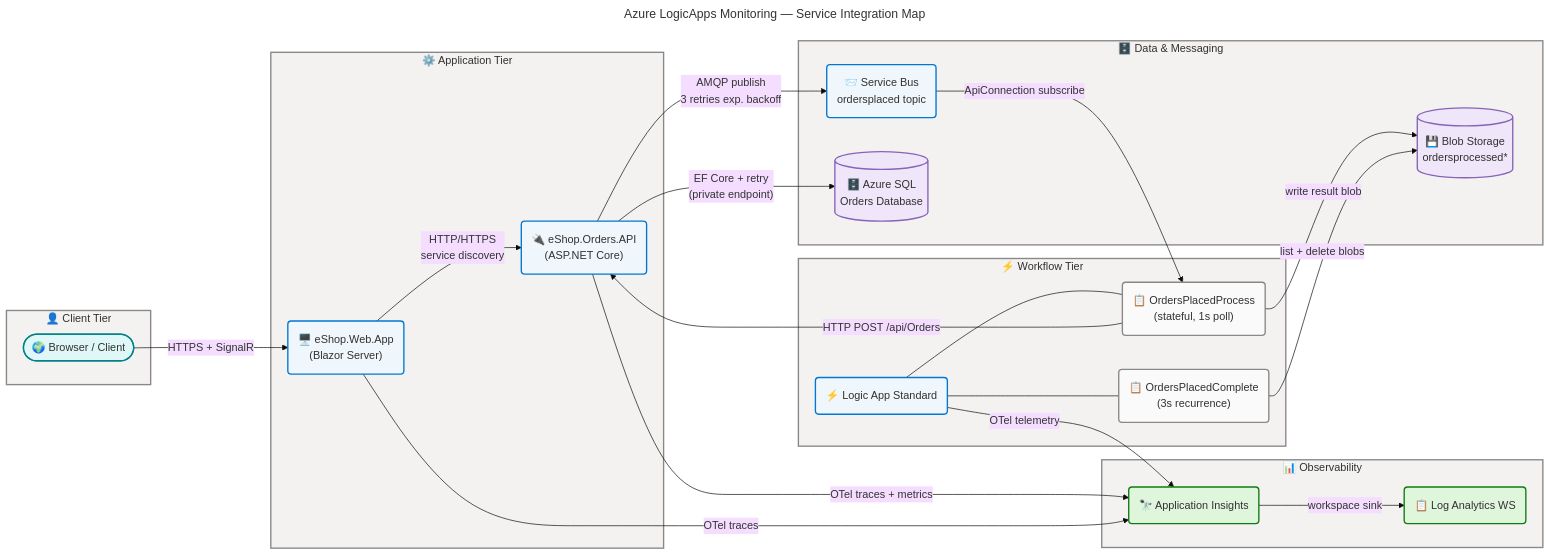
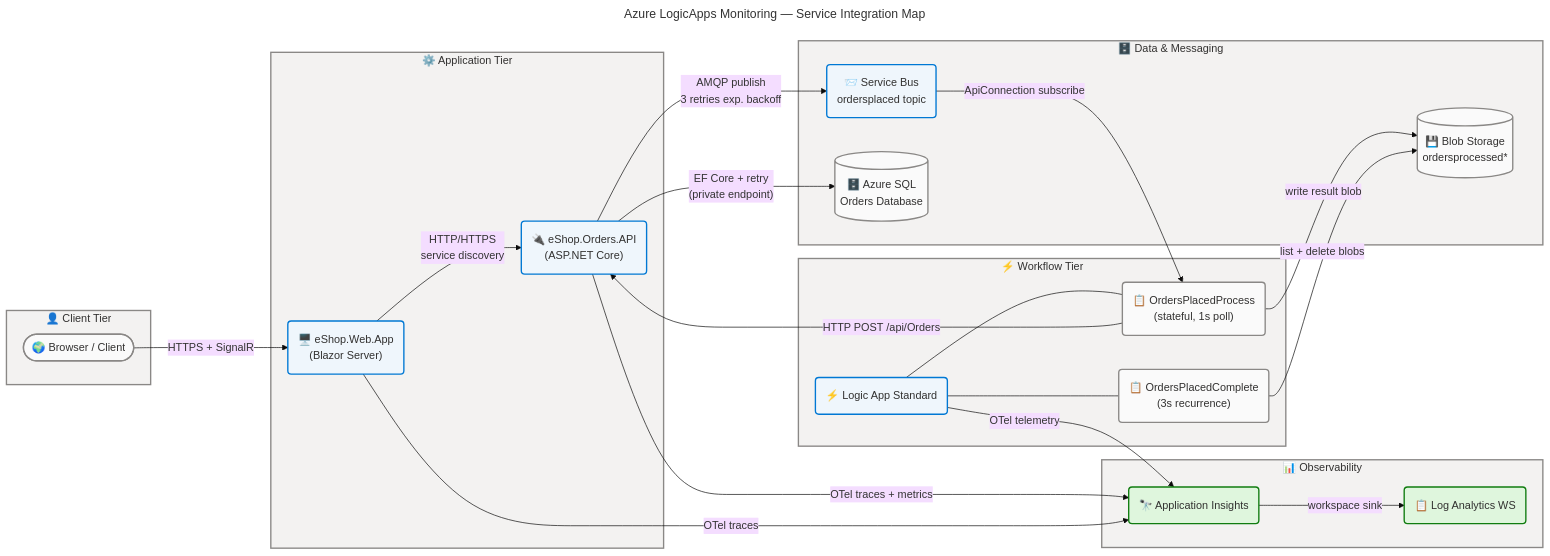
One commit to Evilazaro/Azure-LogicApps-Monitoring changed the second of 2 diagrams in docs/architecture/technology-architecture.md. Above: the diagram before and after it, drawn with Mermaid. The commit also changed other lines of this file and 2 other files, not shown here.

Commit message:
style: Update class definitions in architecture diagrams to use 'neutral' for data elements

````diff
--- a/docs/architecture/technology-architecture.md
+++ b/docs/architecture/technology-architecture.md
@@ -674,82 +672,80 @@
 ```mermaid
 ---
 title: Azure LogicApps Monitoring — Service Integration Map
 config:
   theme: base
   look: classic
   layout: dagre
   themeVariables:
     fontSize: '16px'
   flowchart:
     htmlLabels: true
 ---
 flowchart LR
     accTitle: Azure LogicApps Monitoring Service Integration Map
     accDescr: Shows service-to-infrastructure bindings including API connections, messaging flows, data access patterns, authentication relationships, and observability sinks across all deployed components
 
     %% ═══════════════════════════════════════════════════════════════════════════
     %% AZURE / FLUENT ARCHITECTURE PATTERN v1.1
     %% (Semantic + Structural + Font + Accessibility Governance)
     %% ═══════════════════════════════════════════════════════════════════════════
     %% PHASE 1 - FLUENT UI: All styling uses approved Fluent UI palette only
     %% PHASE 2 - GROUPS: Every subgraph has semantic color via style directive
     %% PHASE 3 - COMPONENTS: Every node has semantic classDef + icon prefix
     %% PHASE 4 - ACCESSIBILITY: accTitle/accDescr present, WCAG AA contrast
     %% PHASE 5 - STANDARD: Governance block present, classDefs centralized
     %% ═══════════════════════════════════════════════════════════════════════════
 
     subgraph Client["👤 Client Tier"]
-        Browser(["🌍 Browser / Client"]):::external
+        Browser(["🌍 Browser / Client"]):::neutral
     end
 
     subgraph AppTier["⚙️ Application Tier"]
         WebApp("🖥️ eShop.Web.App<br/>(Blazor Server)"):::core
         OrdersAPI("🔌 eShop.Orders.API<br/>(ASP.NET Core)"):::core
     end
 
     subgraph WFTier["⚡ Workflow Tier"]
         LogicApp("⚡ Logic App Standard"):::core
         WF1("📋 OrdersPlacedProcess<br/>(stateful, 1s poll)"):::neutral
         WF2("📋 OrdersPlacedComplete<br/>(3s recurrence)"):::neutral
     end
 
     subgraph DataTier["🗄️ Data & Messaging"]
         SvcBus("📨 Service Bus<br/>ordersplaced topic"):::core
-        SQL[("🗄️ Azure SQL<br/>Orders Database")]:::data
-        Blob[("💾 Blob Storage<br/>ordersprocessed*")]:::data
+        SQL[("🗄️ Azure SQL<br/>Orders Database")]:::neutral
+        Blob[("💾 Blob Storage<br/>ordersprocessed*")]:::neutral
     end
 
     subgraph ObsTier["📊 Observability"]
         AppIns("🔭 Application Insights"):::success
         LogAna("📋 Log Analytics WS"):::success
     end
 
     Browser -->|"HTTPS + SignalR"| WebApp
     WebApp -->|"HTTP/HTTPS<br/>service discovery"| OrdersAPI
     OrdersAPI -->|"EF Core + retry<br/>(private endpoint)"| SQL
     OrdersAPI -->|"AMQP publish<br/>3 retries exp. backoff"| SvcBus
     SvcBus -->|"ApiConnection subscribe"| WF1
     WF1 -->|"HTTP POST /api/Orders"| OrdersAPI
     WF1 -->|"write result blob"| Blob
     WF2 -->|"list + delete blobs"| Blob
     LogicApp --- WF1
     LogicApp --- WF2
     OrdersAPI -->|"OTel traces + metrics"| AppIns
     WebApp -->|"OTel traces"| AppIns
     LogicApp -->|"OTel telemetry"| AppIns
     AppIns -->|"workspace sink"| LogAna
 
     %% Centralized classDefs (AZURE/FLUENT v1.1)
     classDef neutral fill:#FAFAFA,stroke:#8A8886,stroke-width:2px,color:#323130
     classDef core fill:#EFF6FC,stroke:#0078D4,stroke-width:2px,color:#323130
     classDef success fill:#DFF6DD,stroke:#107C10,stroke-width:2px,color:#323130
-    classDef data fill:#F0E6FA,stroke:#8764B8,stroke-width:2px,color:#323130
-    classDef external fill:#E0F7F7,stroke:#038387,stroke-width:2px,color:#323130
 
     %% Subgraph style directives (AZURE/FLUENT v1.1 — style directive only)
     style Client fill:#F3F2F1,stroke:#8A8886,stroke-width:2px,color:#323130
     style AppTier fill:#F3F2F1,stroke:#8A8886,stroke-width:2px,color:#323130
     style WFTier fill:#F3F2F1,stroke:#8A8886,stroke-width:2px,color:#323130
     style DataTier fill:#F3F2F1,stroke:#8A8886,stroke-width:2px,color:#323130
     style ObsTier fill:#F3F2F1,stroke:#8A8886,stroke-width:2px,color:#323130
 ```
````
